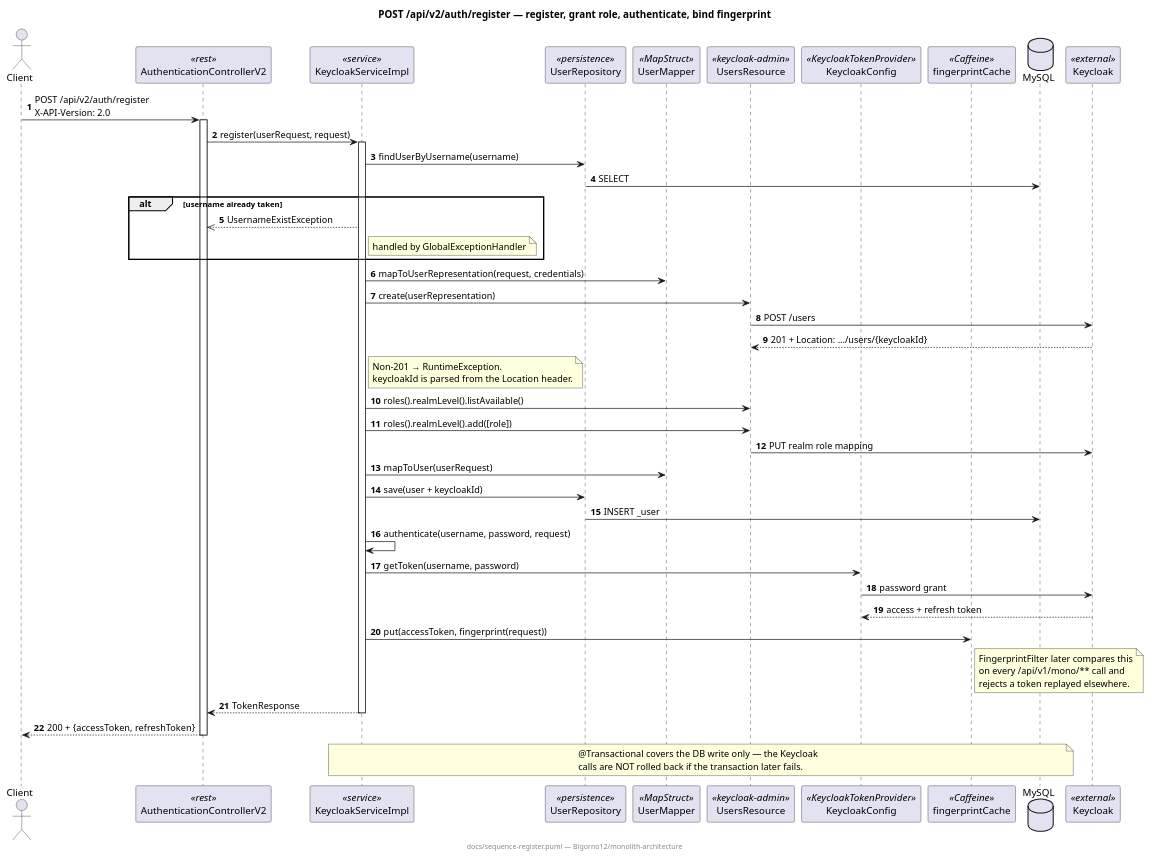
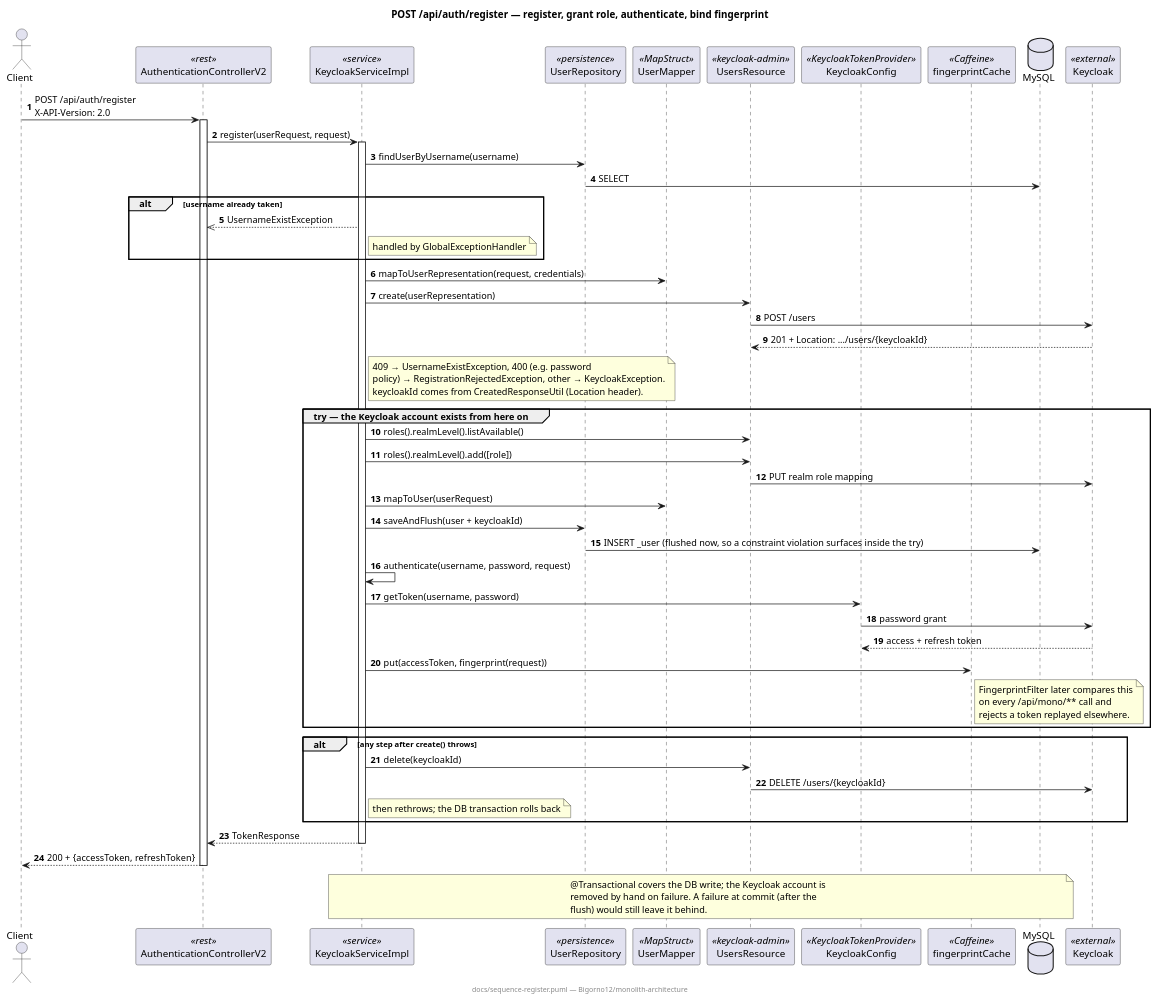
One commit to Bigorno12/monolith-architecture changed the diagram in docs/sequence-register.puml. Above: the diagram before and after it, drawn with PlantUML. The commit also changed 25 other files, not shown here.

```diff
--- a/docs/sequence-register.puml
+++ b/docs/sequence-register.puml
@@ -1,71 +1,82 @@
 @startuml sequence-register
 ' Hand-maintained. Source of truth = AuthenticationControllerV2.kt + KeycloakServiceImpl.java
-title POST /api/v2/auth/register — register, grant role, authenticate, bind fingerprint
+title POST /api/auth/register — register, grant role, authenticate, bind fingerprint
 
 autonumber
 skinparam responseMessageBelowArrow true
 
 actor Client
 participant "AuthenticationControllerV2" as C <<rest>>
 participant "KeycloakServiceImpl" as S <<service>>
 participant "UserRepository" as R <<persistence>>
 participant "UserMapper" as M <<MapStruct>>
 participant "UsersResource" as KCA <<keycloak-admin>>
 participant "KeycloakConfig" as KTP <<KeycloakTokenProvider>>
 participant "fingerprintCache" as FC <<Caffeine>>
 database MySQL
 participant Keycloak <<external>>
 
-Client -> C : POST /api/v2/auth/register\nX-API-Version: 2.0
+Client -> C : POST /api/auth/register\nX-API-Version: 2.0
 activate C
 C -> S : register(userRequest, request)
 activate S
 
 S -> R : findUserByUsername(username)
 R -> MySQL : SELECT
 alt username already taken
   S -->> C : UsernameExistException
   note right of S : handled by GlobalExceptionHandler
 end
 
 S -> M : mapToUserRepresentation(request, credentials)
 S -> KCA : create(userRepresentation)
 KCA -> Keycloak : POST /users
 Keycloak --> KCA : 201 + Location: .../users/{keycloakId}
 note right of S
-  Non-201 → RuntimeException.
-  keycloakId is parsed from the Location header.
+  409 → UsernameExistException, 400 (e.g. password
+  policy) → RegistrationRejectedException, other → KeycloakException.
+  keycloakId comes from CreatedResponseUtil (Location header).
 end note
+
+group try — the Keycloak account exists from here on
 
 S -> KCA : roles().realmLevel().listAvailable()
 S -> KCA : roles().realmLevel().add([role])
 KCA -> Keycloak : PUT realm role mapping
 
 S -> M : mapToUser(userRequest)
-S -> R : save(user + keycloakId)
-R -> MySQL : INSERT _user
+S -> R : saveAndFlush(user + keycloakId)
+R -> MySQL : INSERT _user (flushed now, so a constraint violation surfaces inside the try)
 
 S -> S : authenticate(username, password, request)
 S -> KTP : getToken(username, password)
 KTP -> Keycloak : password grant
 Keycloak --> KTP : access + refresh token
 
 S -> FC : put(accessToken, fingerprint(request))
 note right of FC
   FingerprintFilter later compares this
-  on every /api/v1/mono/** call and
+  on every /api/mono/** call and
   rejects a token replayed elsewhere.
 end note
+end
+
+alt any step after create() throws
+  S -> KCA : delete(keycloakId)
+  KCA -> Keycloak : DELETE /users/{keycloakId}
+  note right of S : then rethrows; the DB transaction rolls back
+end
 
 S --> C : TokenResponse
 deactivate S
 C --> Client : 200 + {accessToken, refreshToken}
 deactivate C
 
 note over S, MySQL
-  @Transactional covers the DB write only — the Keycloak
-  calls are NOT rolled back if the transaction later fails.
+  @Transactional covers the DB write; the Keycloak account is
+  removed by hand on failure. A failure at commit (after the
+  flush) would still leave it behind.
 end note
 
 footer docs/sequence-register.puml — Bigorno12/monolith-architecture
 @enduml
```
